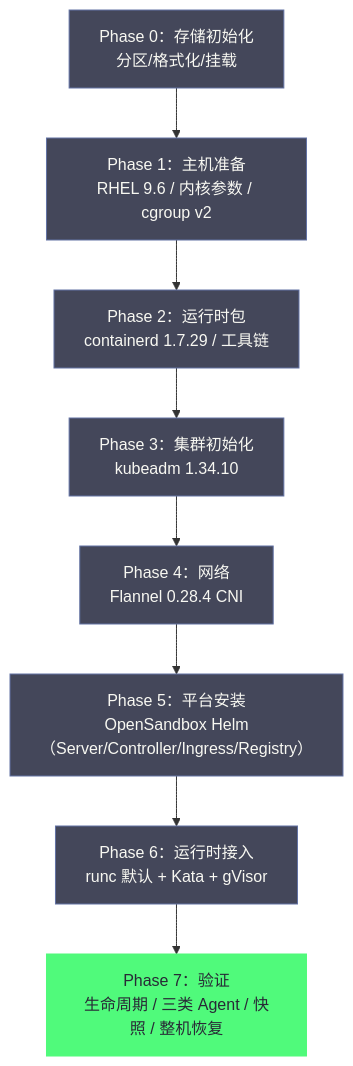
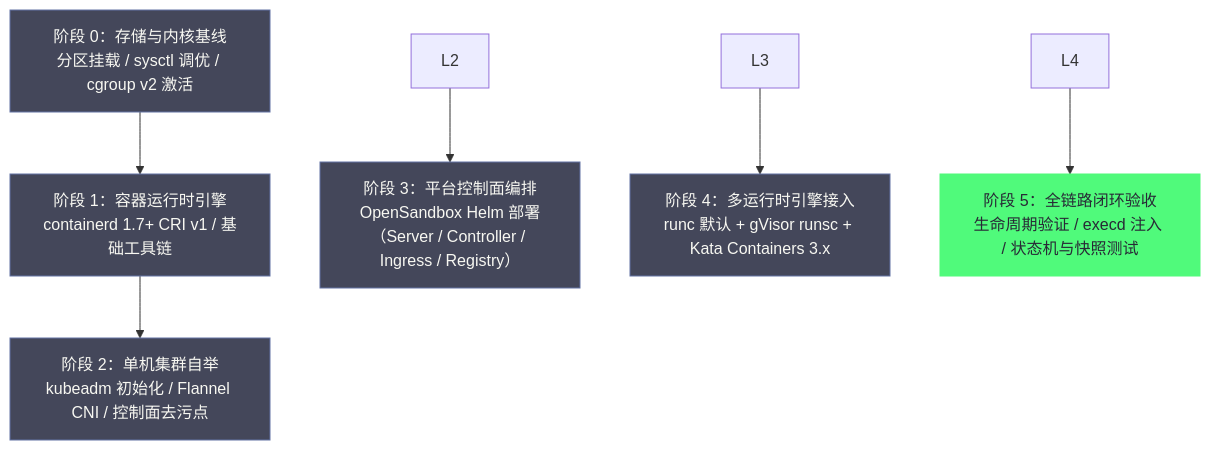
The first of 5 diagrams in content/LLM/Agent沙箱技术/工程实践/10 Agent 沙箱部署实战——从单机 PoC 到测试集群.md (hpliStartAgain/my-brain), drawn with Mermaid before and after one commit. The commit also changed other lines of this file and 17 other files, not shown here.

````diff
--- a/content/LLM/Agent沙箱技术/工程实践/10 Agent 沙箱部署实战——从单机 PoC 到测试集群.md
+++ b/content/LLM/Agent沙箱技术/工程实践/10 Agent 沙箱部署实战——从单机 PoC 到测试集群.md
@@ -92,16 +135,14 @@
 ```mermaid
 %%{init: {'theme': 'dracula', 'themeVariables': {'primaryColor': '#6272a4', 'primaryTextColor': '#f8f8f2', 'primaryBorderColor': '#bd93f9', 'lineColor': '#ff79c6', 'secondaryColor': '#44475a', 'tertiaryColor': '#282a36'}}%%
-graph TD
-    A["Phase 0：存储初始化<br/>分区/格式化/挂载"] --> B["Phase 1：主机准备<br/>RHEL 9.6 / 内核参数 / cgroup v2"]
-    B --> C["Phase 2：运行时包<br/>containerd 1.7.29 / 工具链"]
-    C --> D["Phase 3：集群初始化<br/>kubeadm 1.34.10"]
-    D --> E["Phase 4：网络<br/>Flannel 0.28.4 CNI"]
-    E --> F["Phase 5：平台安装<br/>OpenSandbox Helm（Server/Controller/Ingress/Registry）"]
-    F --> G["Phase 6：运行时接入<br/>runc 默认 + Kata + gVisor"]
-    G --> H["Phase 7：验证<br/>生命周期 / 三类 Agent / 快照 / 整机恢复"]
+flowchart TD
+    S0["阶段 0：存储与内核基线<br/>分区挂载 / sysctl 调优 / cgroup v2 激活"] --> S1["阶段 1：容器运行时引擎<br/>containerd 1.7+ CRI v1 / 基础工具链"]
+    S1 --> S2["阶段 2：单机集群自举<br/>kubeadm 初始化 / Flannel CNI / 控制面去污点"]
+    L2 --> S3["阶段 3：平台控制面编排<br/>OpenSandbox Helm 部署（Server / Controller / Ingress / Registry）"]
+    L3 --> S4["阶段 4：多运行时引擎接入<br/>runc 默认 + gVisor runsc + Kata Containers 3.x"]
+    L4 --> S5["阶段 5：全链路闭环验收<br/>生命周期验证 / execd 注入 / 状态机与快照测试"]
 
-    classDef phase fill:#44475a,stroke:#6272a4,color:#f8f8f2
-    classDef done fill:#50fa7b,stroke:#50fa7b,color:#282a36
-    class A,B,C,D,E,F,G phase
-    class H done
+    classDef stage fill:#44475a,stroke:#6272a4,color:#f8f8f2
+    classDef target fill:#50fa7b,stroke:#50fa7b,color:#282a36
+    class S0,S1,S2,S3,S4 stage
+    class S5 target
 ```
````
